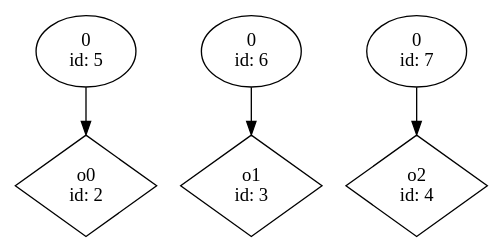
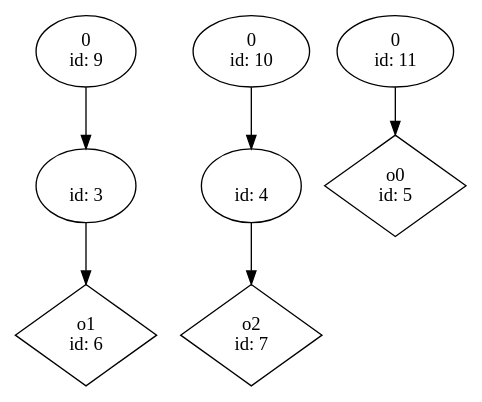
Before and after one commit to p9romain/bool-circuits: the diagram in dot_files/bool_circ/transform/copy_done.dot, drawn with Graphviz. The commit also changed 88 other files, not shown here.

```diff
--- a/dot_files/bool_circ/transform/copy_done.dot
+++ b/dot_files/bool_circ/transform/copy_done.dot
@@ -1,11 +1,15 @@
 digraph G {
-n2 [label="o0\n id: 2",shape="diamond"];
-n3 [label="o1\n id: 3",shape="diamond"];
-n4 [label="o2\n id: 4",shape="diamond"];
-n5 [label="0\n id: 5"];
-n6 [label="0\n id: 6"];
-n7 [label="0\n id: 7"];
-n5 -> n2
-n6 -> n3
-n7 -> n4
+n3 [label="\n id: 3"];
+n4 [label="\n id: 4"];
+n5 [label="o0\n id: 5",shape="diamond"];
+n6 [label="o1\n id: 6",shape="diamond"];
+n7 [label="o2\n id: 7",shape="diamond"];
+n9 [label="0\n id: 9"];
+n10 [label="0\n id: 10"];
+n11 [label="0\n id: 11"];
+n3 -> n6
+n4 -> n7
+n9 -> n3
+n10 -> n4
+n11 -> n5
 }
```
